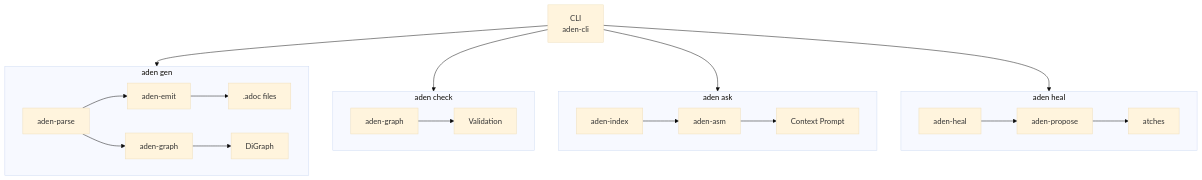
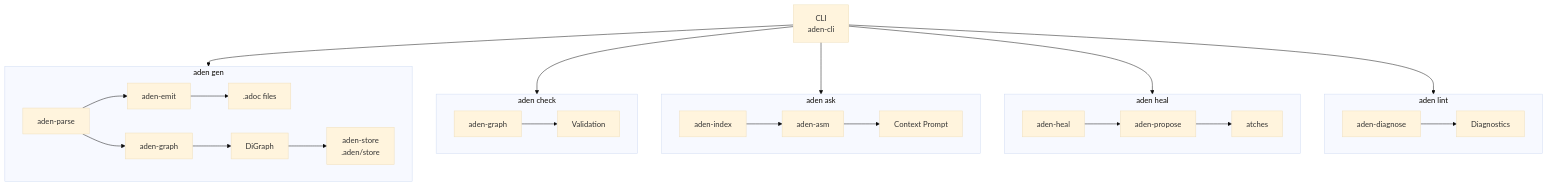
Before and after one commit to RioPlay/aden: the fourth of 4 diagrams in docs/architecture.adoc, drawn with Mermaid (base theme). The commit also changed other lines of this file and 14 other files, not shown here.

```diff
--- a/docs/architecture.adoc
+++ b/docs/architecture.adoc
@@ -253,27 +297,33 @@
 [mermaid, data-flow, svg]
 ----
 flowchart TD
     CLI[CLI<br/>aden-cli]
 
     subgraph gen[aden gen]
         P1[aden-parse] --> E[aden-emit] --> F[.adoc files]
         P1 --> G[aden-graph] --> DG[DiGraph]
+        DG --> ST[aden-store<br/>.aden/store]
     end
 
     subgraph check[aden check]
         G2[aden-graph] --> V[Validation]
     end
 
     subgraph ask[aden ask]
         I[aden-index] --> A[aden-asm] --> CP[Context Prompt]
     end
 
     subgraph heal[aden heal]
         H[aden-heal] --> PR[aden-propose] --> P[atches]
     end
 
+    subgraph lint[aden lint]
+        DI[aden-diagnose] --> DR[Diagnostics]
+    end
+
     CLI --> gen
     CLI --> check
     CLI --> ask
     CLI --> heal
+    CLI --> lint
 ----
```
